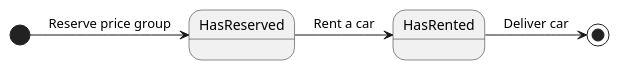
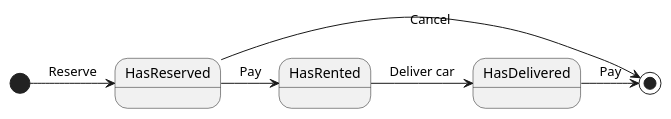
One commit to BenjaminCB/su changed the third of 4 diagrams in kajs_cars/kajs_cars.md. Above: the diagram before and after it, drawn with PlantUML. The commit also changed other lines of this file and 9 other files, not shown here.

````diff
--- a/kajs_cars/kajs_cars.md
+++ b/kajs_cars/kajs_cars.md
@@ -140,5 +127,7 @@
 ```plantuml
-[*] -> HasReserved : Reserve price group
-HasReserved -> HasRented : Rent a car
-HasRented -> [*] : Deliver car
+[*] -> HasReserved : Reserve
+HasReserved -> HasRented : Pay
+HasReserved -> [*] : Cancel
+HasRented -> HasDelivered : Deliver car
+HasDelivered -> [*] : Pay
 ```
````
